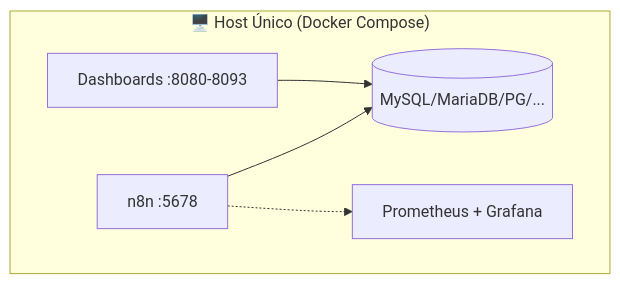
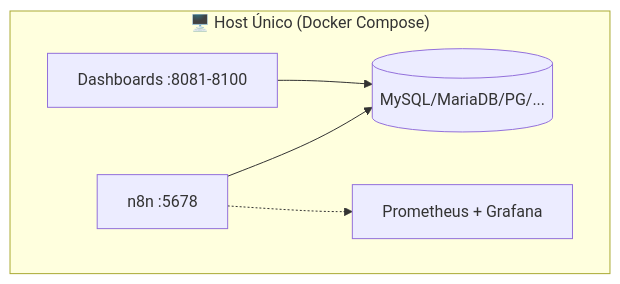
Before and after one commit to vladimiracunadev-create/social-bot-scheduler: the first of 7 diagrams in docs/AWS_MIGRATION.md, drawn with Mermaid. The commit also changed other lines of this file and 23 other files, not shown here.

````diff
--- a/docs/AWS_MIGRATION.md
+++ b/docs/AWS_MIGRATION.md
@@ -50,12 +50,12 @@
 ```mermaid
 graph TB
     subgraph "🖥️ Host Único (Docker Compose)"
         N[n8n :5678]
-        D[Dashboards :8080-8093]
+        D[Dashboards :8081-8100]
         DB1[(MySQL/MariaDB/PG/...)]
         OBS[Prometheus + Grafana]
         N --> DB1
         D --> DB1
         N -.-> OBS
     end
 ```
````
